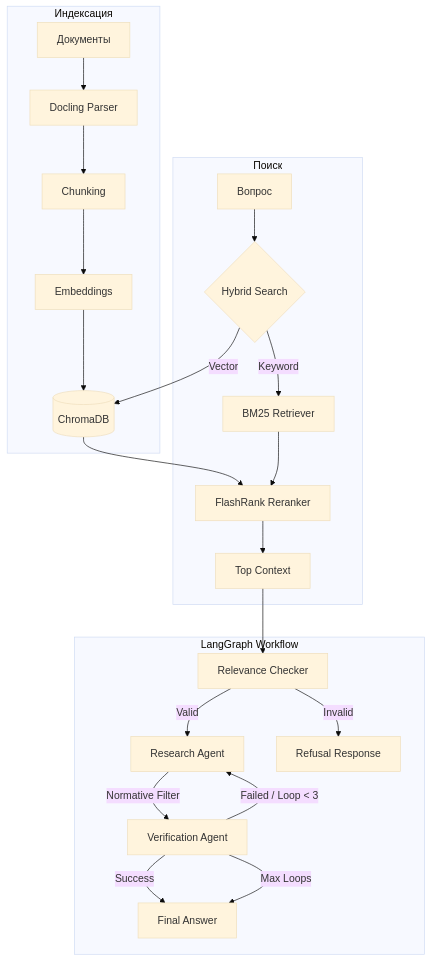
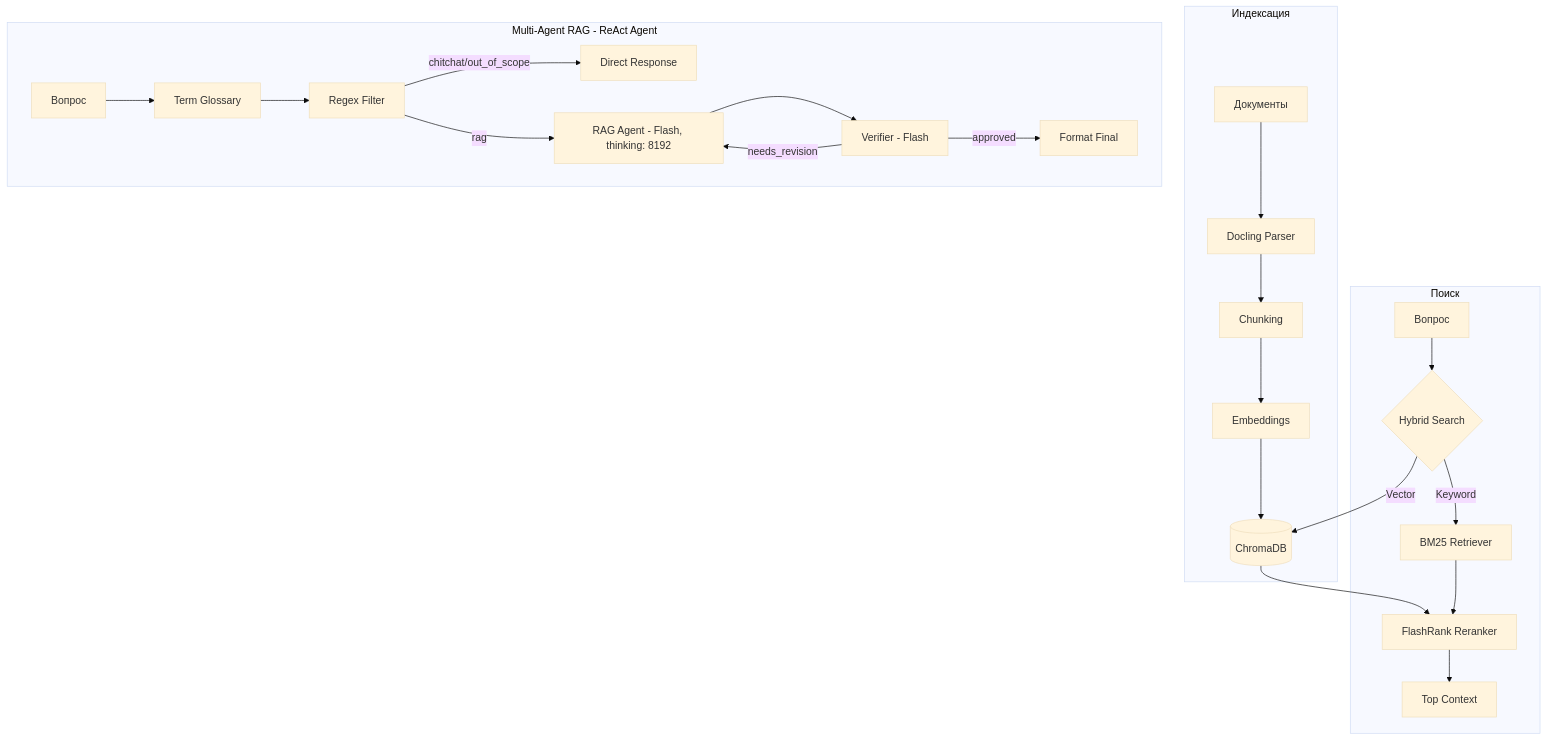
One commit to spqr-86/safety-incident-analyzer changed the diagram in README.md. Above: the diagram before and after it, drawn with Mermaid (base theme). The commit also changed other lines of this file and 47 other files, not shown here.

First line of the commit message:
feat: Multi-Agent RAG with ReAct agent, VLM visual proof, and cleanup

````diff
--- a/README.md
+++ b/README.md
@@ -125,27 +133,27 @@
 ```mermaid
 flowchart TD
     subgraph Ingestion [Индексация]
         Docs[Документы] --> Docling[Docling Parser]
         Docling --> Split[Chunking]
         Split --> Embed[Embeddings]
         Embed --> DB[(ChromaDB)]
     end
 
     subgraph Retrieval [Поиск]
         Query[Вопрос] --> Search{Hybrid Search}
         Search --> |Vector| DB
         Search --> |Keyword| BM25[BM25 Retriever]
         DB & BM25 --> Rerank[FlashRank Reranker]
         Rerank --> Context[Top Context]
     end
 
-    subgraph Agents [LangGraph Workflow]
-        Context --> RC[Relevance Checker]
-        RC -->|Valid| Research[Research Agent]
-        RC -->|Invalid| Stop[Refusal Response]
-        Research -->|Normative Filter| Verify[Verification Agent]
-        Verify -->|Success| Final[Final Answer]
-        Verify -->|Failed / Loop < 3| Research
-        Verify -->|Max Loops| Final
+    subgraph MultiAgent [Multi-Agent RAG - ReAct Agent]
+        Q2[Вопрос] --> Glossary[Term Glossary]
+        Glossary --> Filter[Regex Filter]
+        Filter -->|chitchat/out_of_scope| Direct[Direct Response]
+        Filter -->|rag| Agent[RAG Agent - Flash, thinking: 8192]
+        Agent --> VerifyMA[Verifier - Flash]
+        VerifyMA -->|approved| FinalMA[Format Final]
+        VerifyMA -->|needs_revision| Agent
     end
 ```
````
